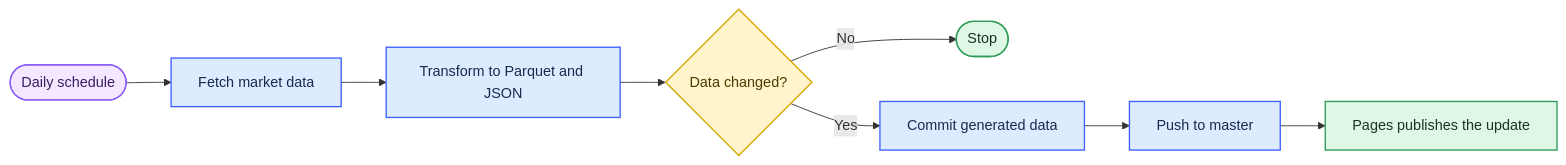
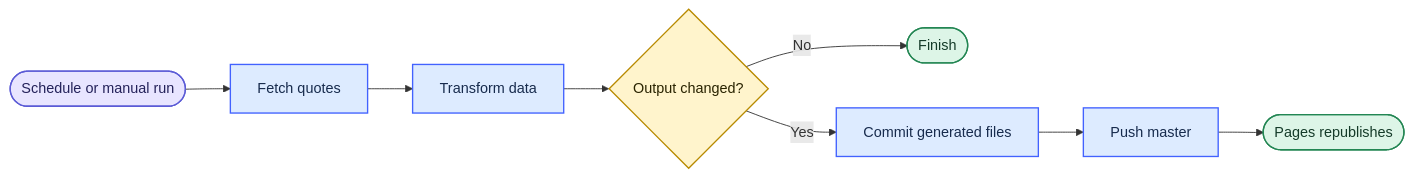
One commit to thangldw/thangldw.github.io changed the second of 2 diagrams in README.md. Above: the diagram before and after it, drawn with Mermaid. The commit also changed other lines of this file and 10 other files, not shown here.

````diff
--- a/README.md
+++ b/README.md
@@ -91,19 +95,19 @@
 ```mermaid
 flowchart LR
-  A([Daily schedule]) --> B[Fetch market data]
-  B --> C[Transform to Parquet and JSON]
-  C --> D{Data changed?}
-  D -->|No| E([Stop])
-  D -->|Yes| F[Commit generated data]
-  F --> G[Push to master]
-  G --> H[Pages publishes the update]
+  A([Schedule or manual run]) --> B[Fetch quotes]
+  B --> C[Transform data]
+  C --> D{Output changed?}
+  D -->|No| E([Finish])
+  D -->|Yes| F[Commit generated files]
+  F --> G[Push master]
+  G --> H([Pages republishes])
 
-  classDef trigger fill:#F3E8FF,stroke:#8B5CF6,color:#3B1D63,stroke-width:1.5px;
+  classDef trigger fill:#E8E5FF,stroke:#5B5BD6,color:#24225A,stroke-width:1.5px;
   classDef action fill:#DDEBFF,stroke:#4262FF,color:#172B4D,stroke-width:1.5px;
-  classDef decision fill:#FFF4CC,stroke:#D6A800,color:#4B3B00,stroke-width:1.5px;
-  classDef done fill:#DFF7E5,stroke:#2D9D57,color:#17351F,stroke-width:1.5px;
+  classDef decision fill:#FFF4CC,stroke:#B88A00,color:#292300,stroke-width:1.5px;
+  classDef finish fill:#DDF5E7,stroke:#238653,color:#153B29,stroke-width:1.5px;
   class A trigger;
   class B,C,F,G action;
   class D decision;
-  class E,H done;
+  class E,H finish;
 ```
````
